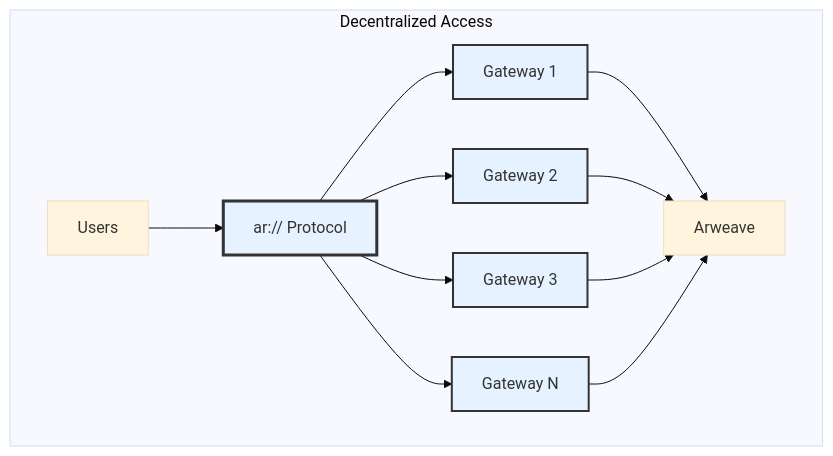
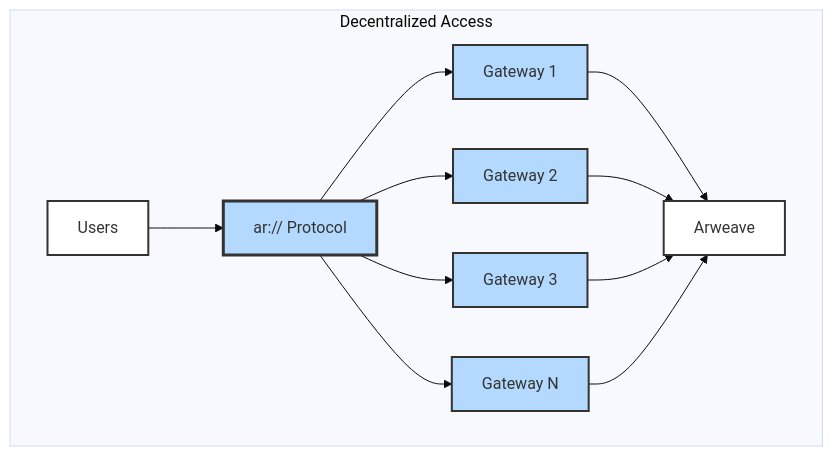
The second of 3 diagrams in content/learn/wayfinder/index.mdx (ar-io/docs), drawn with Mermaid (base theme) before and after one commit. The commit also changed other lines of this file and 1 other file, not shown here.

Commit message:
fix(arns): updated mermaid diagrams

````diff
--- a/content/learn/wayfinder/index.mdx
+++ b/content/learn/wayfinder/index.mdx
@@ -40,21 +42,23 @@
 ```mermaid
 graph TB
     subgraph "Decentralized Access"
         U2[Users] --> WF[ar:// Protocol]
         WF --> G1[Gateway 1]
         WF --> G2[Gateway 2]
         WF --> G3[Gateway 3]
         WF --> GN[Gateway N]
         
         G1 --> AR2[Arweave]
         G2 --> AR2
         G3 --> AR2
         GN --> AR2
     end
     
-    style WF fill:#e6f2ff,stroke:#333,stroke-width:3px
-    style G1 fill:#e6f2ff,stroke:#333,stroke-width:2px,color:#333
-    style G2 fill:#e6f2ff,stroke:#333,stroke-width:2px,color:#333
-    style G3 fill:#e6f2ff,stroke:#333,stroke-width:2px,color:#333
-    style GN fill:#e6f2ff,stroke:#333,stroke-width:2px,color:#333
+    style U2 fill:#fff,stroke:#333,stroke-width:2px,color:#333
+    style AR2 fill:#fff,stroke:#333,stroke-width:2px,color:#333
+    style WF fill:#b3d9ff,stroke:#333,stroke-width:3px,color:#333
+    style G1 fill:#b3d9ff,stroke:#333,stroke-width:2px,color:#333
+    style G2 fill:#b3d9ff,stroke:#333,stroke-width:2px,color:#333
+    style G3 fill:#b3d9ff,stroke:#333,stroke-width:2px,color:#333
+    style GN fill:#b3d9ff,stroke:#333,stroke-width:2px,color:#333
 ```
````
